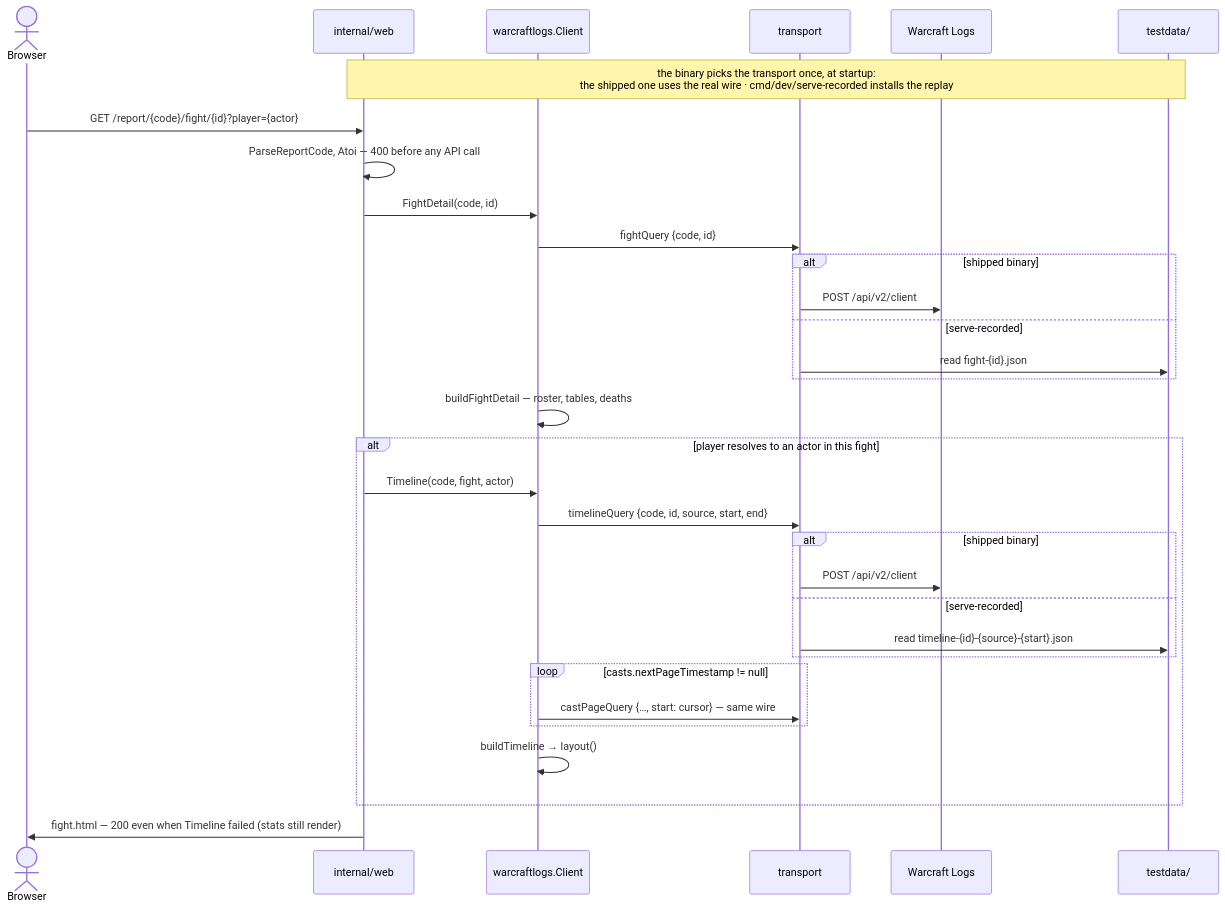
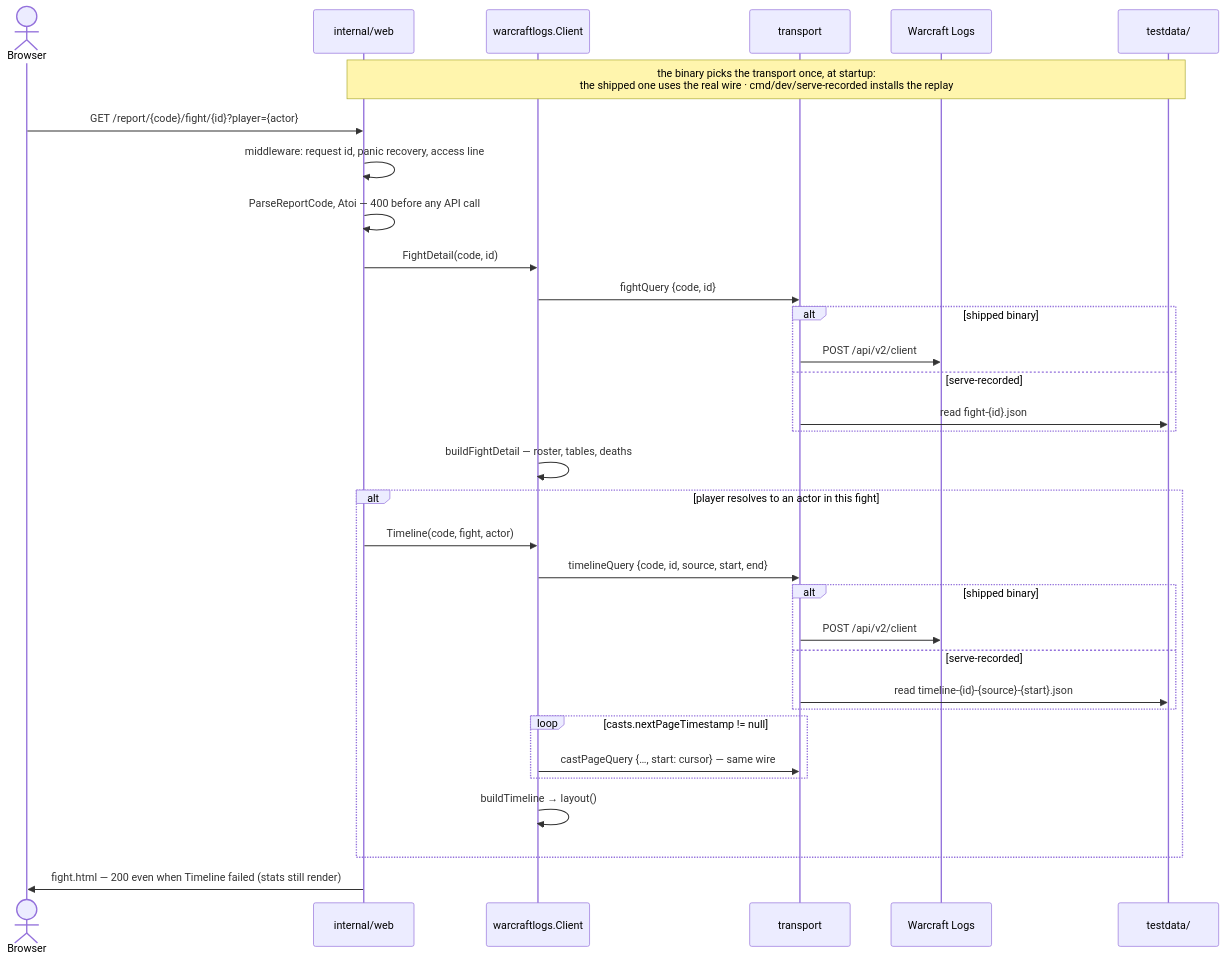
The third of 3 diagrams in ARCHITECTURE.md (Gabriel2048/wow-insights), drawn with Mermaid before and after one commit. The commit also changed other lines of this file and 16 other files, not shown here.

First line of the commit message:
Structured logs, request ids and panic recovery (#36)

````diff
--- a/ARCHITECTURE.md
+++ b/ARCHITECTURE.md
@@ -121,36 +121,37 @@
 ```mermaid
 sequenceDiagram
     actor B as Browser
     participant S as internal/web
     participant C as warcraftlogs.Client
     participant T as transport
     participant W as Warcraft Logs
     participant F as testdata/
 
     Note over S,F: the binary picks the transport once, at startup:<br/>the shipped one uses the real wire · cmd/dev/serve-recorded installs the replay
 
     B->>S: GET /report/{code}/fight/{id}?player={actor}
+    S->>S: middleware: request id, panic recovery, access line
     S->>S: ParseReportCode, Atoi — 400 before any API call
     S->>C: FightDetail(code, id)
     C->>T: fightQuery {code, id}
     alt shipped binary
         T->>W: POST /api/v2/client
     else serve-recorded
         T->>F: read fight-{id}.json
     end
     C->>C: buildFightDetail — roster, tables, deaths
     alt player resolves to an actor in this fight
         S->>C: Timeline(code, fight, actor)
         C->>T: timelineQuery {code, id, source, start, end}
         alt shipped binary
             T->>W: POST /api/v2/client
         else serve-recorded
             T->>F: read timeline-{id}-{source}-{start}.json
         end
         loop casts.nextPageTimestamp != null
             C->>T: castPageQuery {…, start: cursor} — same wire
         end
         C->>C: buildTimeline → layout()
     end
     S->>B: fight.html — 200 even when Timeline failed (stats still render)
 ```
````
